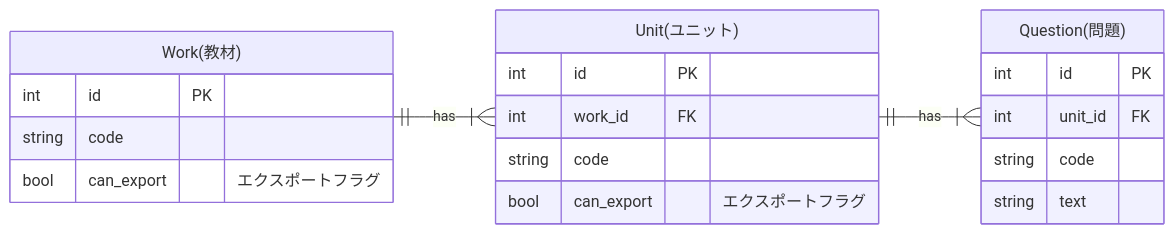
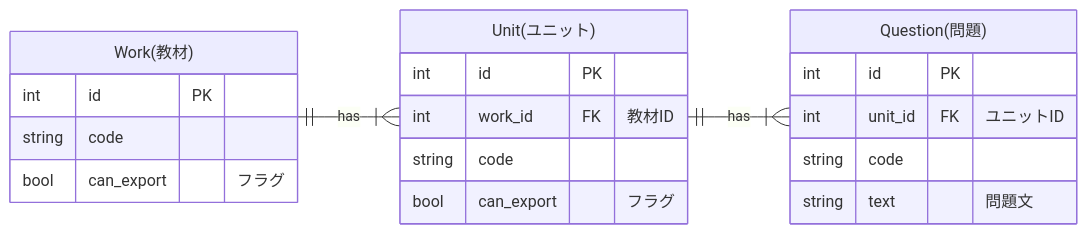
Before and after one commit to takanory/slides: the seventh of 7 diagrams in slides/20260108bpstyle/index.md, drawn with Mermaid. The commit also changed other lines of this file, not shown here.

Commit message:
refs #162 fix comments

````diff
--- a/slides/20260108bpstyle/index.md
+++ b/slides/20260108bpstyle/index.md
@@ -433,23 +433,23 @@
 ```{mermaid}
 erDiagram
     direction LR
     Work ||--|{ Unit : has
     Unit ||--|{ Question : has
     Work["Work(教材)"] {
         int id PK
         string code
-        bool can_export "エクスポートフラグ"
+        bool can_export "フラグ"
     }
     Unit["Unit(ユニット)"] {
         int id PK
-        int work_id FK
+        int work_id FK "教材ID"
         string code
-        bool can_export "エクスポートフラグ"
+        bool can_export "フラグ"
     }
     Question["Question(問題)"] {
         int id PK
-        int unit_id FK
+        int unit_id FK "ユニットID"
         string code
-        string text
+        string text "問題文"
     }
 ```
````
